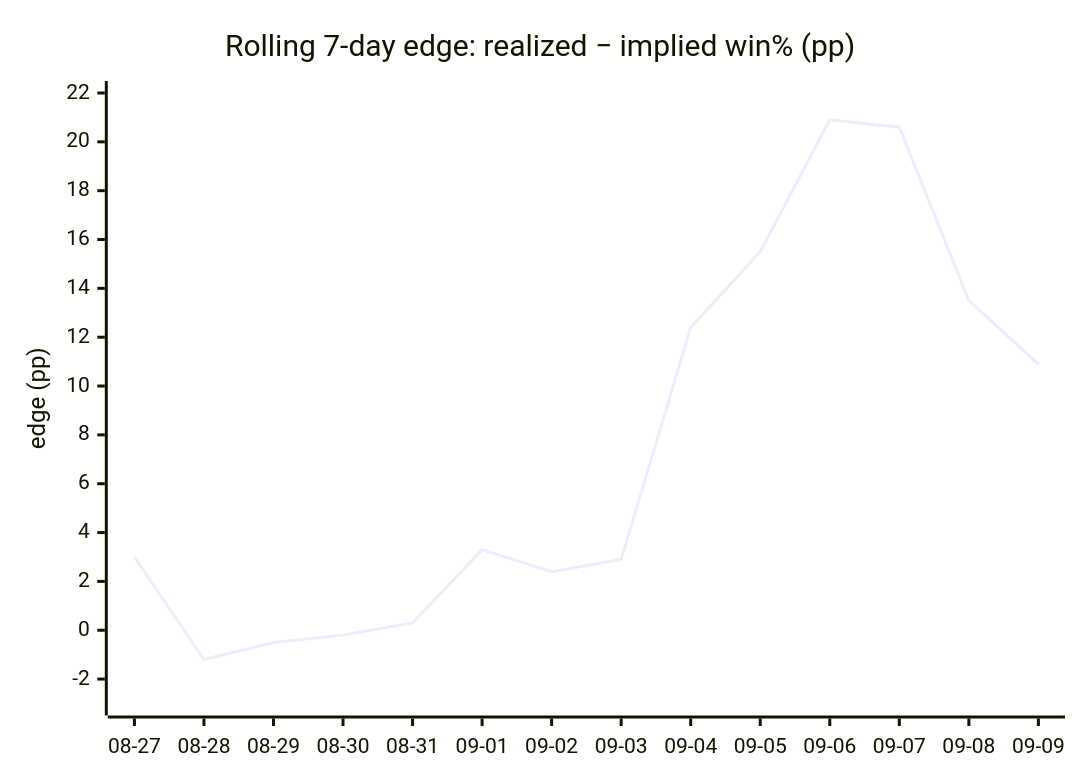
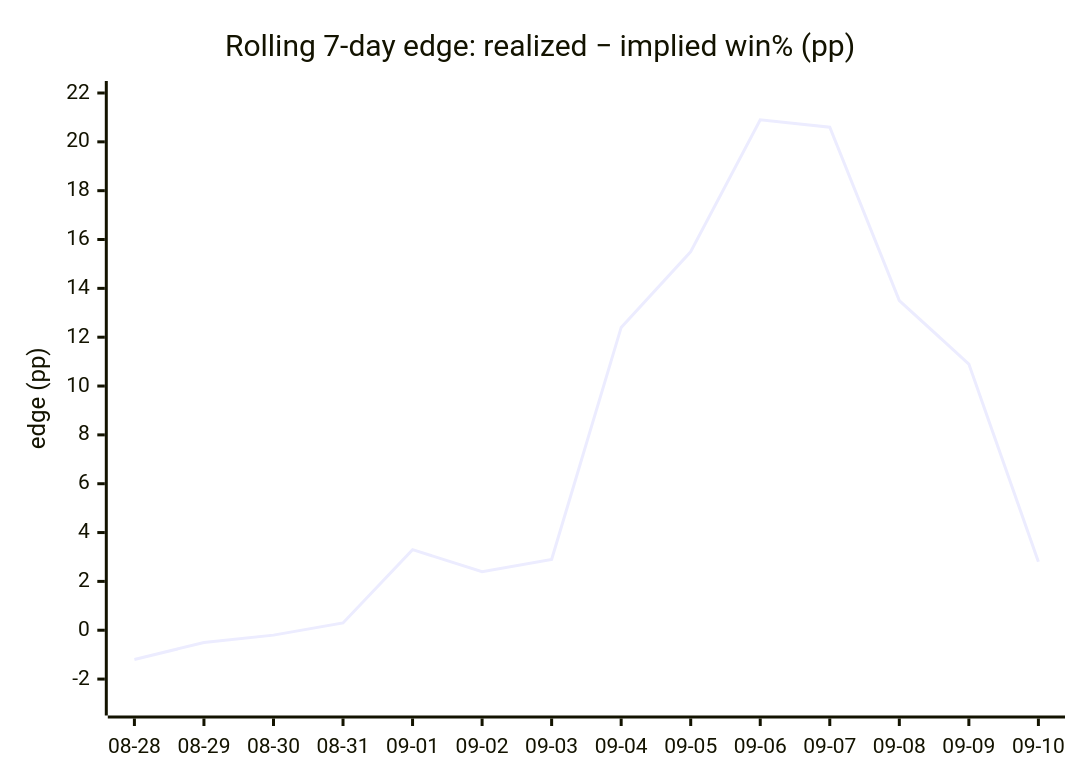
One commit to dpk1212/nhl-savant changed the fourth of 4 diagrams in DAILY_AGSU_REPORT.md. Above: the diagram before and after it, drawn with Mermaid. The commit also changed other lines of this file, not shown here.

````diff
--- a/DAILY_AGSU_REPORT.md
+++ b/DAILY_AGSU_REPORT.md
@@ -868,7 +863,7 @@
 ```mermaid
 xychart-beta
     title "Rolling 7-day edge: realized − implied win% (pp)"
-    x-axis ["08-27", "08-28", "08-29", "08-30", "08-31", "09-01", "09-02", "09-03", "09-04", "09-05", "09-06", "09-07", "09-08", "09-09"]
+    x-axis ["08-28", "08-29", "08-30", "08-31", "09-01", "09-02", "09-03", "09-04", "09-05", "09-06", "09-07", "09-08", "09-09", "09-10"]
     y-axis "edge (pp)" -3 --> 22
-    line [3, -1.2, -0.5, -0.2, 0.3, 3.3, 2.4, 2.9, 12.4, 15.5, 20.9, 20.6, 13.5, 10.9]
+    line [-1.2, -0.5, -0.2, 0.3, 3.3, 2.4, 2.9, 12.4, 15.5, 20.9, 20.6, 13.5, 10.9, 2.8]
 ```
````
